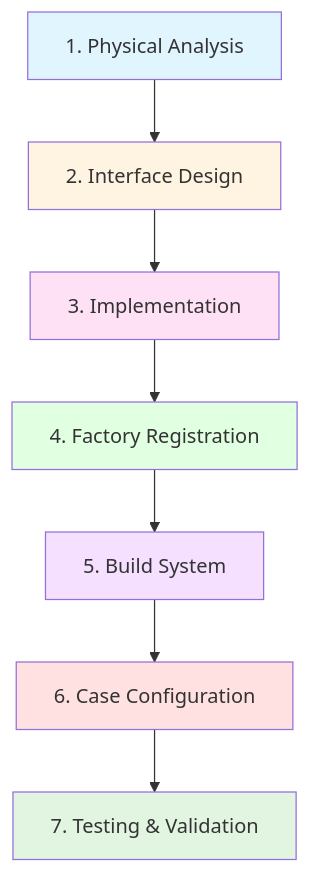
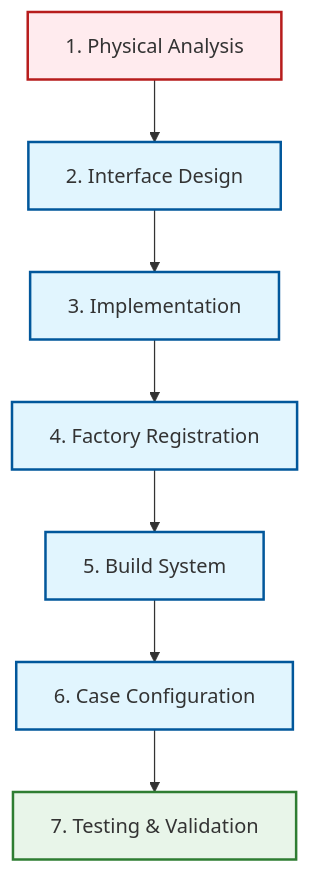
Before and after one commit to wramet/build-my-cfd: the first of 2 diagrams in MODULE_09_ADVANCED_TOPICS/CONTENT/03_DESIGN_PATTERNS/06_Practical_Exercise.md, drawn with Mermaid. The commit also changed other lines of this file and 313 other files, not shown here.

Commit message:
Revise all diagram

````diff
--- a/MODULE_09_ADVANCED_TOPICS/CONTENT/03_DESIGN_PATTERNS/06_Practical_Exercise.md
+++ b/MODULE_09_ADVANCED_TOPICS/CONTENT/03_DESIGN_PATTERNS/06_Practical_Exercise.md
@@ -21,17 +21,12 @@
 ```mermaid
 graph TD
-    A[1. Physical Analysis] --> B[2. Interface Design]
-    B --> C[3. Implementation]
-    C --> D[4. Factory Registration]
-    D --> E[5. Build System]
-    E --> F[6. Case Configuration]
-    F --> G[7. Testing & Validation]
-
-    style A fill:#e1f5ff
-    style B fill:#fff4e1
-    style C fill:#ffe1f5
-    style D fill:#e1ffe1
-    style E fill:#f5e1ff
-    style F fill:#ffe1e1
-    style G fill:#e1f5e1
+classDef implicit fill:#e1f5fe,stroke:#01579b,stroke-width:2px
+classDef explicit fill:#ffebee,stroke:#b71c1c,stroke-width:2px
+classDef success fill:#e8f5e9,stroke:#2e7d32,stroke-width:2px
+A[1. Physical Analysis]:::explicit --> B[2. Interface Design]:::implicit
+B --> C[3. Implementation]:::implicit
+C --> D[4. Factory Registration]:::implicit
+D --> E[5. Build System]:::implicit
+E --> F[6. Case Configuration]:::implicit
+F --> G[7. Testing & Validation]:::success
 ```
````
